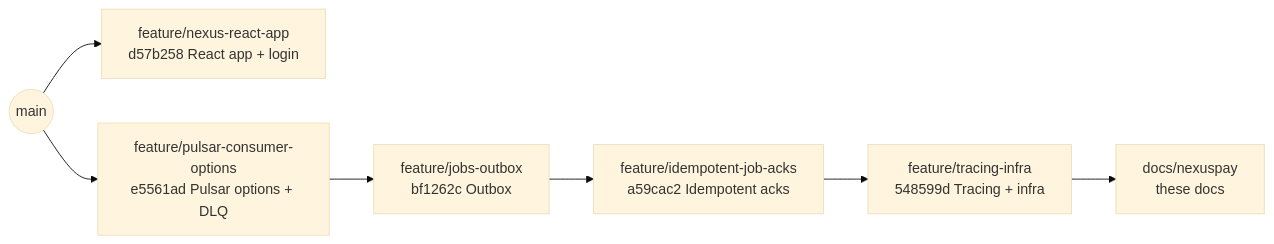
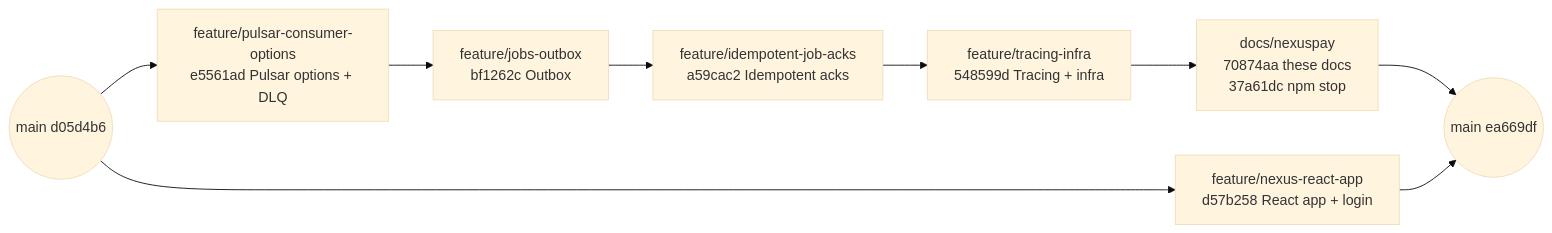
One commit to iarudakov30/jobber changed the diagram in docs/nexuspay/README.md. Above: the diagram before and after it, drawn with Mermaid (base theme). The commit also changed other lines of this file and 1 other file, not shown here.

Commit message:
Record the phase 1 merge into main and the port-clash gotchas

````diff
--- a/docs/nexuspay/README.md
+++ b/docs/nexuspay/README.md
@@ -41,9 +42,11 @@
 ```mermaid
 flowchart LR
-  M((main)) --> R["feature/nexus-react-app<br/>d57b258 React app + login"]
-  M --> P["feature/pulsar-consumer-options<br/>e5561ad Pulsar options + DLQ"]
+  M((main d05d4b6)) --> P["feature/pulsar-consumer-options<br/>e5561ad Pulsar options + DLQ"]
   P --> O["feature/jobs-outbox<br/>bf1262c Outbox"]
   O --> A["feature/idempotent-job-acks<br/>a59cac2 Idempotent acks"]
   A --> T["feature/tracing-infra<br/>548599d Tracing + infra"]
-  T --> D["docs/nexuspay<br/>these docs"]
+  T --> D["docs/nexuspay<br/>70874aa these docs<br/>37a61dc npm stop"]
+  M --> R["feature/nexus-react-app<br/>d57b258 React app + login"]
+  D --> X((main ea669df))
+  R --> X
 ```
````
